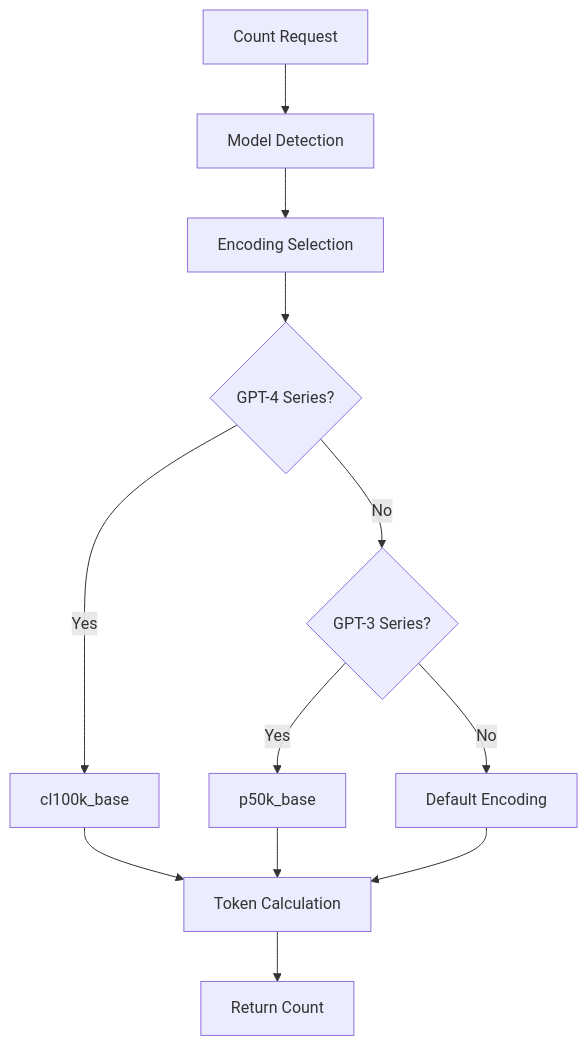
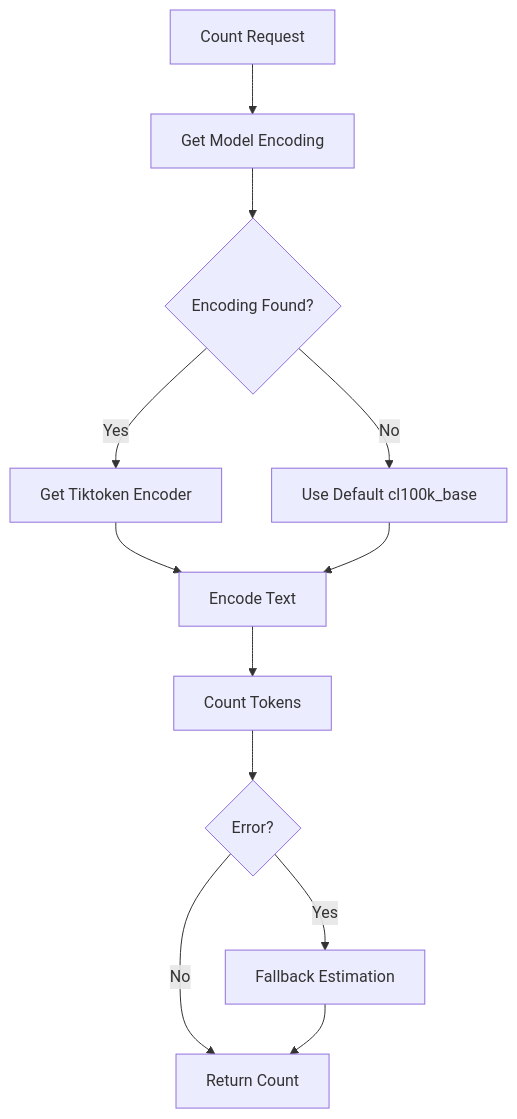
One commit to nakashima2toshio/anthropic_api_jp changed the seventh of 10 diagrams in doc/helper_api.md. Above: the diagram before and after it, drawn with Mermaid. The commit also changed other lines of this file and 12 other files, not shown here.

````diff
--- a/doc/helper_api.md
+++ b/doc/helper_api.md
@@ -280,14 +307,14 @@
 ```mermaid
 graph TD
-    A["Count Request"] --> B["Model Detection"]
-    B --> C["Encoding Selection"]
-    C --> D{"GPT-4 Series?"}
-    D -->|Yes| E["cl100k_base"]
-    D -->|No| F{"GPT-3 Series?"}
-    F -->|Yes| G["p50k_base"]
-    F -->|No| H["Default Encoding"]
-    E --> I["Token Calculation"]
-    G --> I
-    H --> I
-    I --> J["Return Count"]
+    A["Count Request"] --> B["Get Model Encoding"]
+    B --> C{Encoding Found?}
+    C -->|Yes| D["Get Tiktoken Encoder"]
+    C -->|No| E["Use Default cl100k_base"]
+    D --> F["Encode Text"]
+    E --> F
+    F --> G["Count Tokens"]
+    G --> H{Error?}
+    H -->|Yes| I["Fallback Estimation"]
+    H -->|No| J["Return Count"]
+    I --> J
 ```
````
